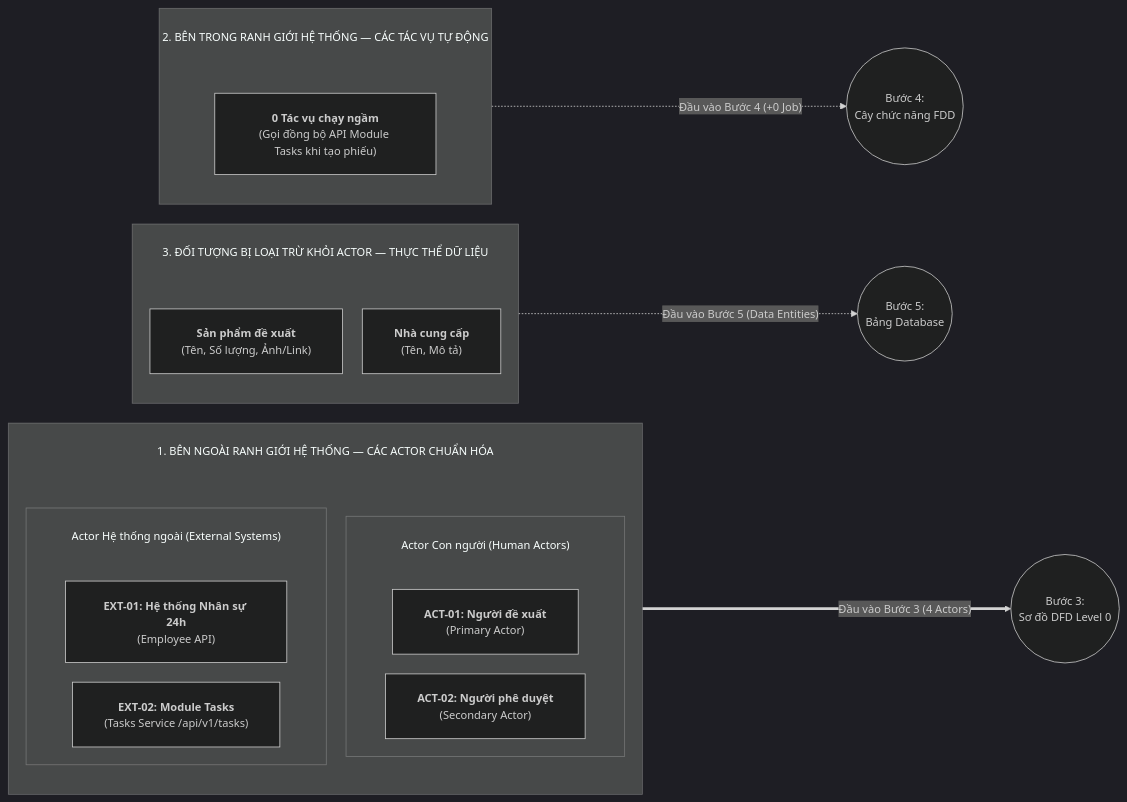
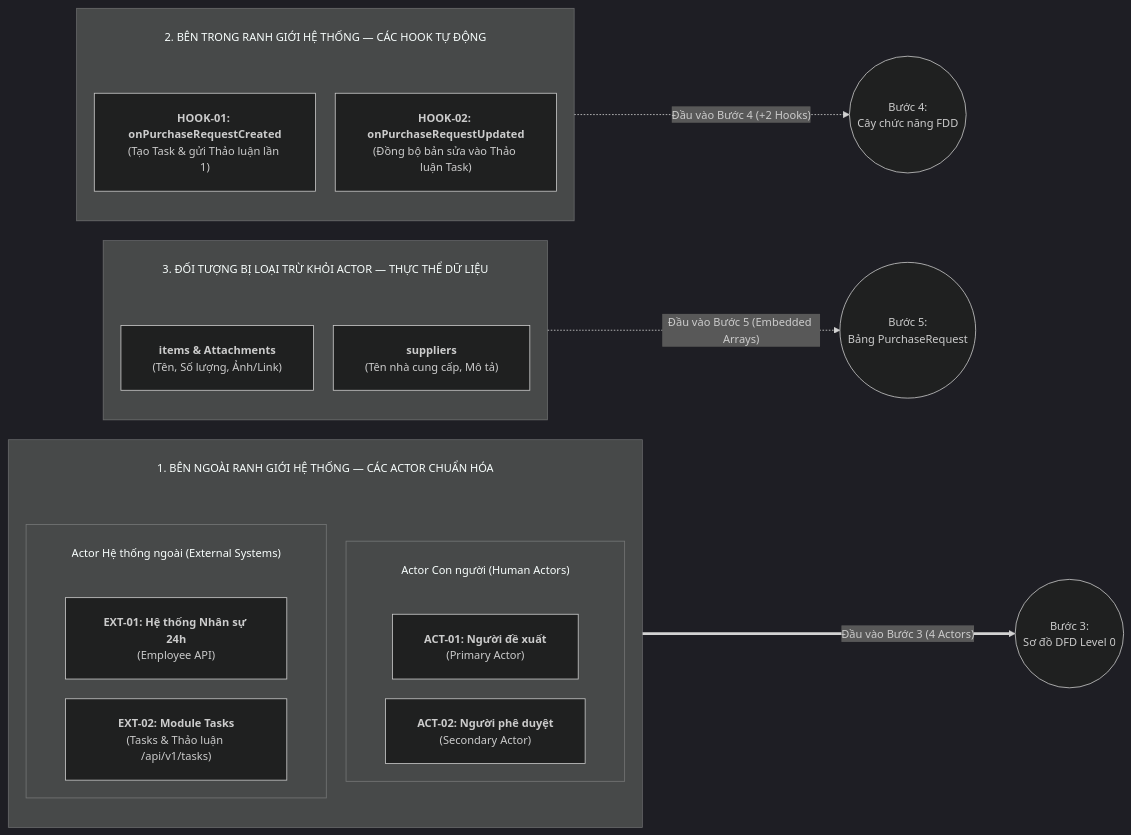
One commit to hungnm3112/project-purchase-requisition changed the diagram in md/analysis/2-actor-identification.md. Above: the diagram before and after it, drawn with Mermaid. The commit also changed other lines of this file and 5 other files, not shown here.

````diff
--- a/md/analysis/2-actor-identification.md
+++ b/md/analysis/2-actor-identification.md
@@ -72,42 +73,44 @@
 ```mermaid
 %%{init: {
   'theme': 'dark',
   'themeVariables': {
     'fontSize': '14px'
   },
   'flowchart': {
     'subGraphTitleMargin': { 'top': 25, 'bottom': 45 },
     'nodeSpacing': 25,
     'rankSpacing': 50,
     'padding': 20
   }
 }}%%
 flowchart LR
     subgraph K1["1. BÊN NGOÀI RANH GIỚI HỆ THỐNG — CÁC ACTOR CHUẨN HÓA"]
         direction TB
         subgraph HUM["Actor Con người (Human Actors)"]
             direction LR
             ACT01["<b>ACT-01: Người đề xuất</b><br/>(Primary Actor)"]
             ACT02["<b>ACT-02: Người phê duyệt</b><br/>(Secondary Actor)"]
         end
         subgraph SYS_EXT["Actor Hệ thống ngoài (External Systems)"]
             direction LR
             EXT01["<b>EXT-01: Hệ thống Nhân sự 24h</b><br/>(Employee API)"]
-            EXT02["<b>EXT-02: Module Tasks</b><br/>(Tasks Service /api/v1/tasks)"]
+            EXT02["<b>EXT-02: Module Tasks</b><br/>(Tasks & Thảo luận /api/v1/tasks)"]
         end
     end
 
-    subgraph K2["2. BÊN TRONG RANH GIỚI HỆ THỐNG — CÁC TÁC VỤ TỰ ĐỘNG"]
-        CRON0["<b>0 Tác vụ chạy ngầm</b><br/>(Gọi đồng bộ API Module Tasks khi tạo phiếu)"]
+    subgraph K2["2. BÊN TRONG RANH GIỚI HỆ THỐNG — CÁC HOOK TỰ ĐỘNG"]
+        direction TB
+        HK01["<b>HOOK-01: onPurchaseRequestCreated</b><br/>(Tạo Task & gửi Thảo luận lần 1)"]
+        HK02["<b>HOOK-02: onPurchaseRequestUpdated</b><br/>(Đồng bộ bản sửa vào Thảo luận Task)"]
     end
 
     subgraph K3["3. ĐỐI TƯỢNG BỊ LOẠI TRỪ KHỎI ACTOR — THỰC THỂ DỮ LIỆU"]
         direction TB
-        ENT01["<b>Sản phẩm đề xuất</b><br/>(Tên, Số lượng, Ảnh/Link)"]
-        ENT02["<b>Nhà cung cấp</b><br/>(Tên, Mô tả)"]
+        ENT01["<b>items & Attachments</b><br/>(Tên, Số lượng, Ảnh/Link)"]
+        ENT02["<b>suppliers</b><br/>(Tên nhà cung cấp, Mô tả)"]
     end
 
     K1 ===>|"Đầu vào Bước 3 (4 Actors)"| B3(("Bước 3:<br/>Sơ đồ DFD Level 0"))
-    K2 -.->|"Đầu vào Bước 4 (+0 Job)"| B4(("Bước 4:<br/>Cây chức năng FDD"))
-    K3 -.->|"Đầu vào Bước 5 (Data Entities)"| B5(("Bước 5:<br/>Bảng Database"))
+    K2 -.->|"Đầu vào Bước 4 (+2 Hooks)"| B4(("Bước 4:<br/>Cây chức năng FDD"))
+    K3 -.->|"Đầu vào Bước 5 (Embedded Arrays)"| B5(("Bước 5:<br/>Bảng PurchaseRequest"))
 ```
````
